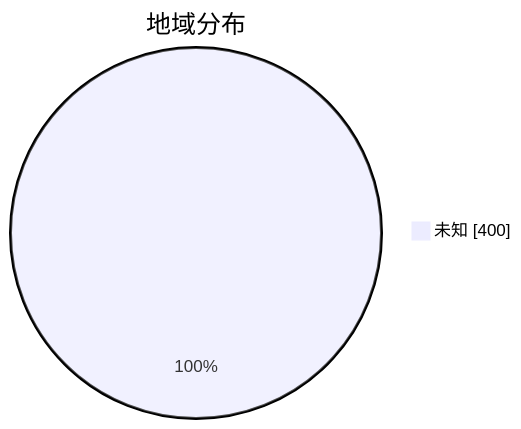
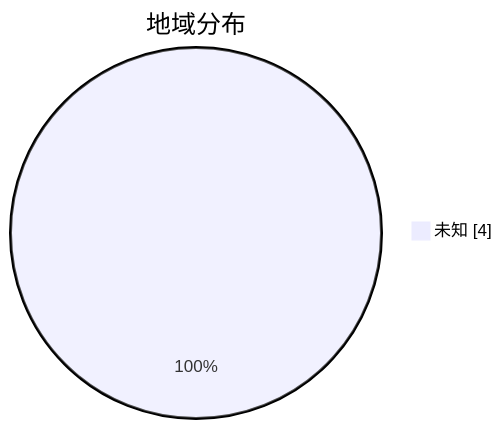
The second of 3 diagrams in subs/statistics/tested_within.md (qjlxg/airport), drawn with Mermaid before and after one commit. The commit also changed other lines of this file and 2 other files, not shown here.

````diff
--- a/subs/statistics/tested_within.md
+++ b/subs/statistics/tested_within.md
@@ -15,5 +8,5 @@
 ```mermaid
 pie showData
 title 地域分布
-"未知" : 400
+"未知" : 4
 ```
````
